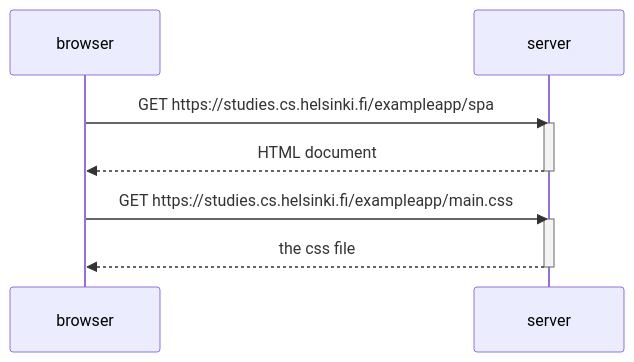
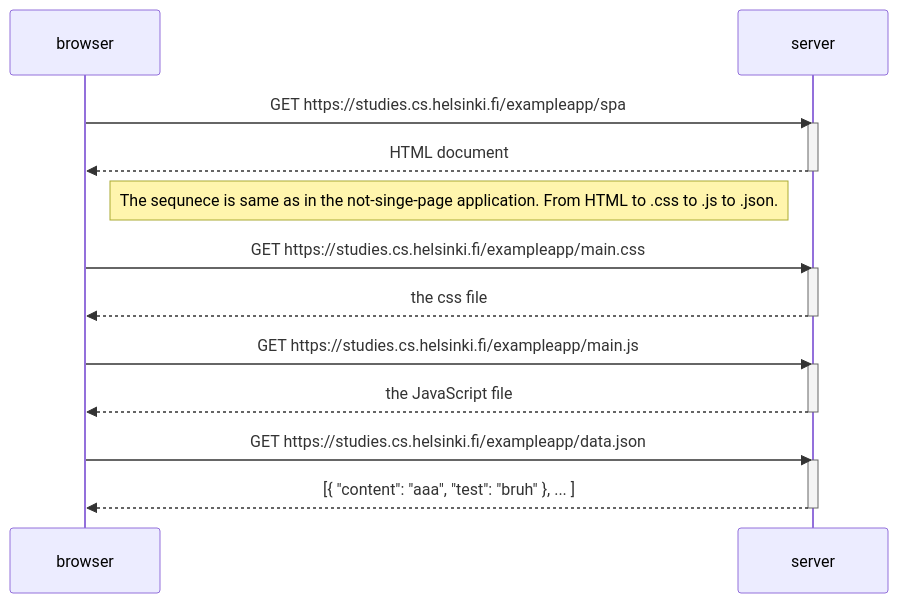
One commit to jussiiih/Full-Stack-Open changed the diagram in osa0/0.5: Single Page App.md. Above: the diagram before and after it, drawn with Mermaid.

Commit message:
Update 0.5: Single Page App.md

````diff
--- a/osa0/0.5: Single Page App.md
+++ b/osa0/0.5: Single Page App.md
@@ -1,15 +1,27 @@
 ```mermaid
 sequenceDiagram
     participant browser
     participant server
 
     browser->>server: GET https://studies.cs.helsinki.fi/exampleapp/spa
     activate server
     server-->>browser: HTML document
     deactivate server
     
+    Note right of browser: The sequnece is same as in the not-singe-page application. From HTML to .css to .js to .json. 
+    
     browser->>server: GET https://studies.cs.helsinki.fi/exampleapp/main.css
     activate server
     server-->>browser: the css file
     deactivate server
+    
+    browser->>server: GET https://studies.cs.helsinki.fi/exampleapp/main.js
+    activate server
+    server-->>browser: the JavaScript file
+    deactivate server
+  
+    browser->>server: GET https://studies.cs.helsinki.fi/exampleapp/data.json
+    activate server
+    server-->>browser: [{ "content": "aaa", "test": "bruh" }, ... ]
+    deactivate server
 ```
````
